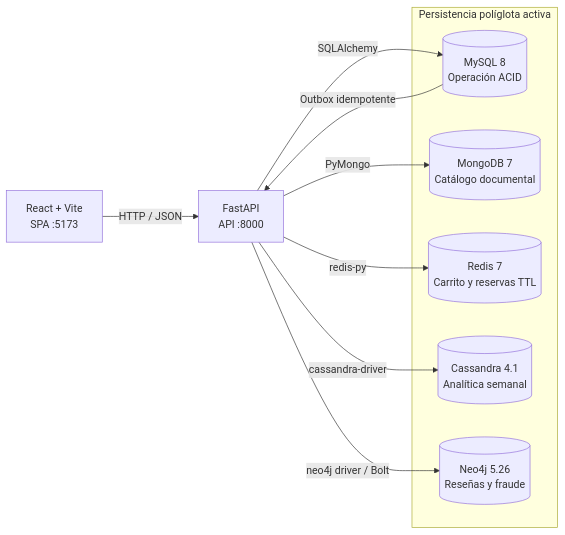
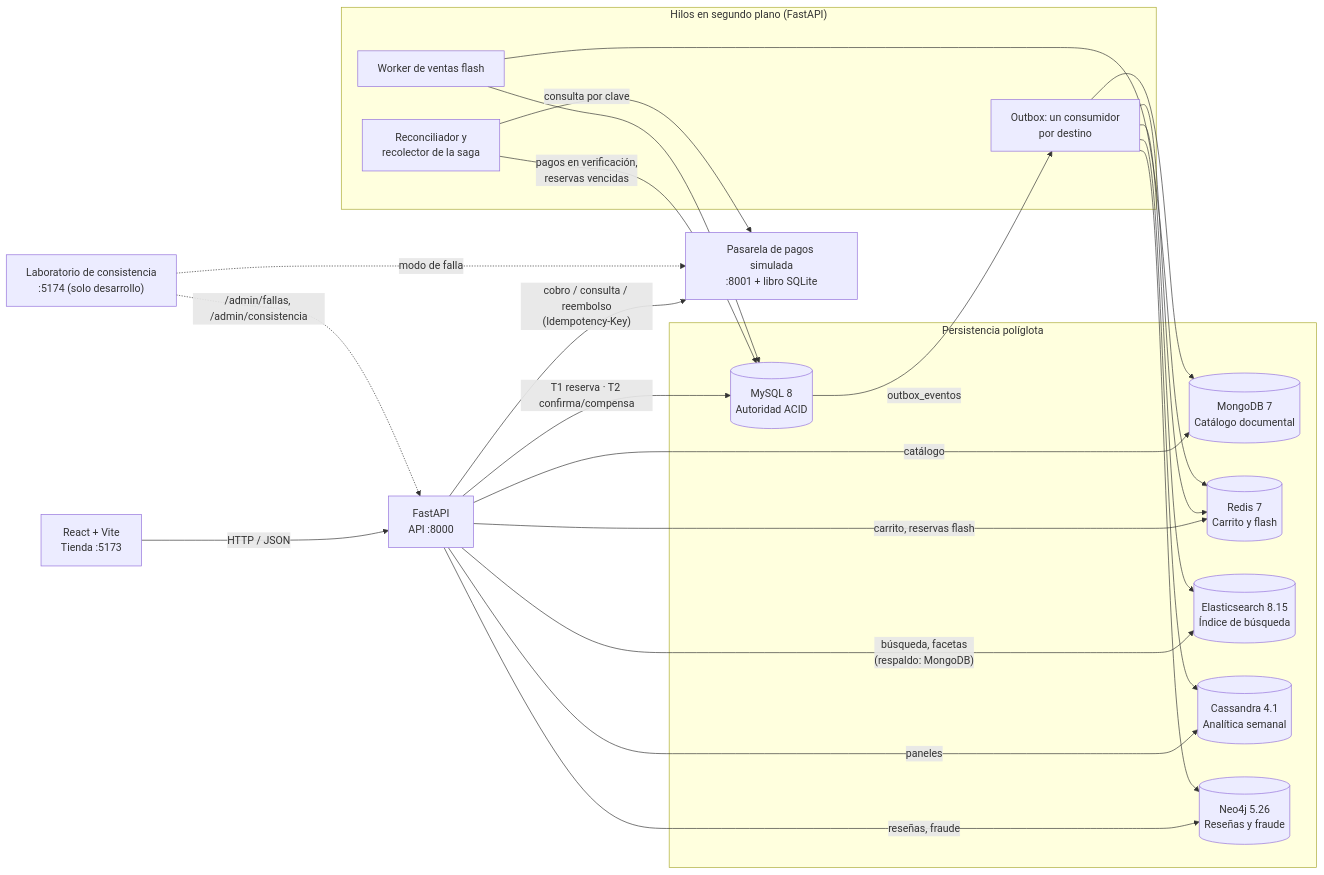
One commit to MynitorBa/ProyectoDB2_Guichos changed the diagram in docs/05-diagrama-arquitectura.md. Above: the diagram before and after it, drawn with Mermaid. The commit also changed other lines of this file and 5 other files, not shown here.

````diff
--- a/docs/05-diagrama-arquitectura.md
+++ b/docs/05-diagrama-arquitectura.md
@@ -5,19 +5,40 @@
 ```mermaid
 flowchart LR
-    RCT["React + Vite\nSPA :5173"] -->|HTTP / JSON| FPI["FastAPI\nAPI :8000"]
+    RCT["React + Vite\nTienda :5173"] -->|HTTP / JSON| FPI["FastAPI\nAPI :8000"]
+    LAB["Laboratorio de consistencia\n:5174 (solo desarrollo)"] -.->|/admin/fallas, /admin/consistencia| FPI
+    FPI -->|"cobro / consulta / reembolso\n(Idempotency-Key)"| PAS["Pasarela de pagos simulada\n:8001 + libro SQLite"]
+    LAB -.->|modo de falla| PAS
 
-    subgraph Datos["Persistencia políglota activa"]
-        MYS[("MySQL 8\nOperación ACID")]
+    subgraph Datos["Persistencia políglota"]
+        MYS[("MySQL 8\nAutoridad ACID")]
         MNG[("MongoDB 7\nCatálogo documental")]
-        RED[("Redis 7\nCarrito y reservas TTL")]
+        RED[("Redis 7\nCarrito y flash")]
+        ESR[("Elasticsearch 8.15\nÍndice de búsqueda")]
         CAS[("Cassandra 4.1\nAnalítica semanal")]
         NEO[("Neo4j 5.26\nReseñas y fraude")]
     end
 
-    FPI -->|SQLAlchemy| MYS
-    FPI -->|PyMongo| MNG
-    FPI -->|redis-py| RED
-    FPI -->|cassandra-driver| CAS
-    FPI -->|neo4j driver / Bolt| NEO
-    MYS -->|Outbox idempotente| FPI
+    FPI -->|"T1 reserva · T2 confirma/compensa"| MYS
+    FPI -->|catálogo| MNG
+    FPI -->|carrito, reservas flash| RED
+    FPI -->|"búsqueda, facetas\n(respaldo: MongoDB)"| ESR
+    FPI -->|paneles| CAS
+    FPI -->|reseñas, fraude| NEO
+
+    subgraph Workers["Hilos en segundo plano (FastAPI)"]
+        OBX["Outbox: un consumidor\npor destino"]
+        REC["Reconciliador y\nrecolector de la saga"]
+        FLS["Worker de ventas flash"]
+    end
+
+    MYS -->|outbox_eventos| OBX
+    OBX --> MNG
+    OBX --> ESR
+    OBX --> CAS
+    OBX --> NEO
+    OBX --> RED
+    REC -->|"pagos en verificación,\nreservas vencidas"| MYS
+    REC -->|consulta por clave| PAS
+    FLS --> RED
+    FLS --> MYS
 ```
````
